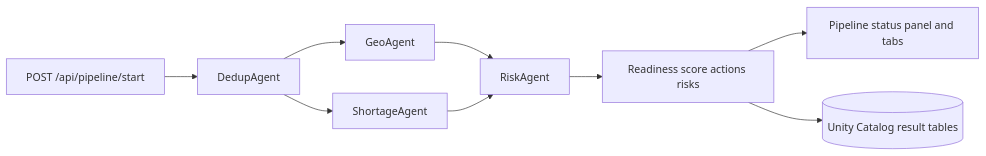
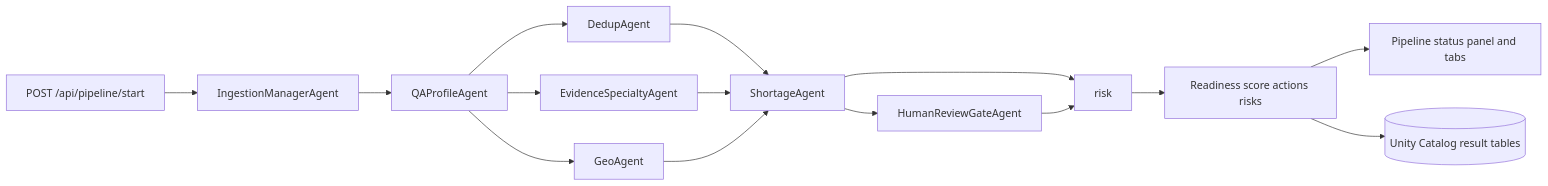
One commit to motobob/dbx_hack_doctors changed the sixth of 8 diagrams in BUILD.MD. Above: the diagram before and after it, drawn with Mermaid. The commit also changed other lines of this file and 30 other files, not shown here.

````diff
--- a/BUILD.MD
+++ b/BUILD.MD
@@ -749,11 +856,17 @@
 ```mermaid
 flowchart LR
-  start[POST /api/pipeline/start] --> dedup[DedupAgent]
-  dedup --> geo[GeoAgent]
+  start[POST /api/pipeline/start] --> ingest[IngestionManagerAgent]
+  ingest --> qa[QAProfileAgent]
+  qa --> dedup[DedupAgent]
+  qa --> evidence[EvidenceSpecialtyAgent]
+  qa --> geo[GeoAgent]
   dedup --> shortage[ShortageAgent]
-  geo --> risk[RiskAgent]
+  evidence --> shortage
+  geo --> shortage
   shortage --> risk
+  shortage --> review[HumanReviewGateAgent]
+  review --> risk
   risk --> outputs[Readiness score actions risks]
   outputs --> ui[Pipeline status panel and tabs]
   outputs --> uc[(Unity Catalog result tables)]
 ```
````
